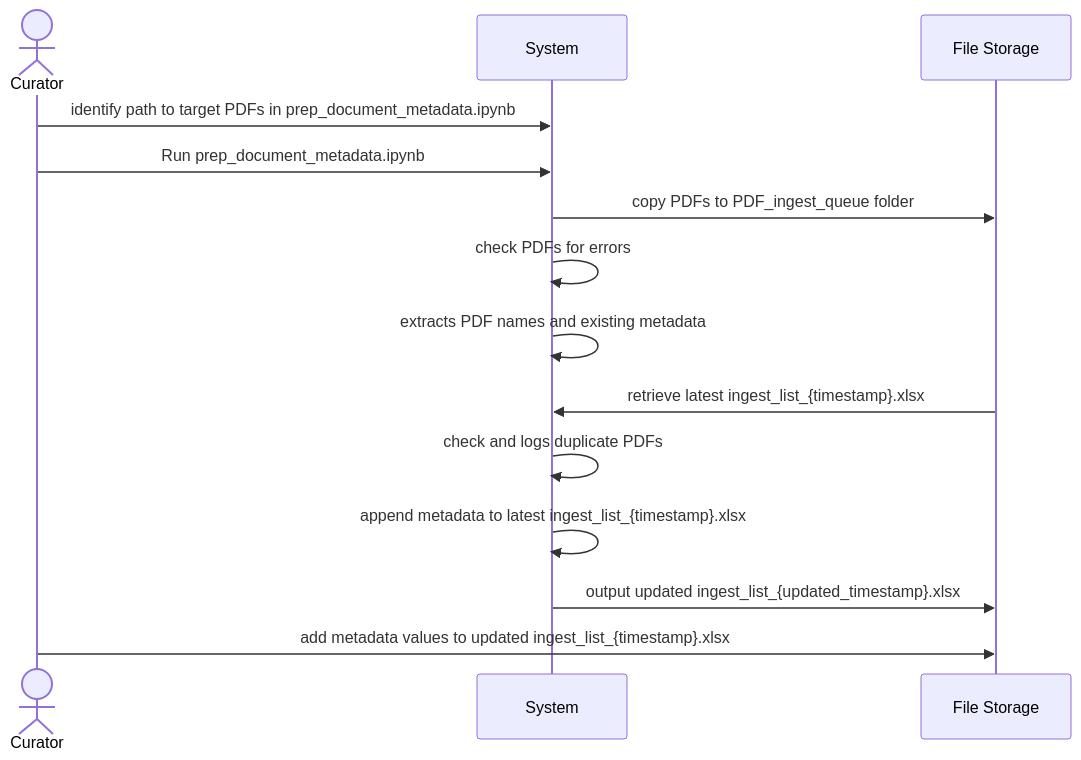
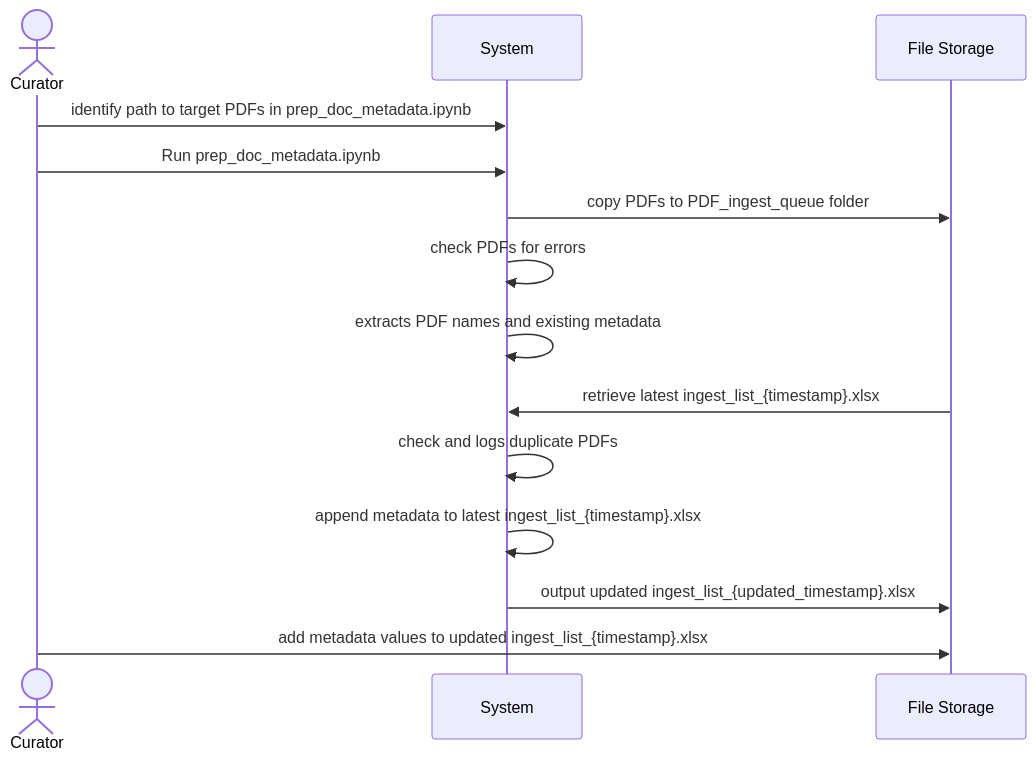
Before and after one commit to drew-wks/ASK: the first of 2 diagrams in docs/library_admin_processes.md, drawn with Mermaid. The commit also changed other lines of this file and 6 other files, not shown here.

Commit message:
admin file name changes and added ecfr diagram for now

````diff
--- a/docs/library_admin_processes.md
+++ b/docs/library_admin_processes.md
@@ -6,17 +6,17 @@
 ```mermaid
 sequenceDiagram
     actor Curator
     participant System
     participant File Storage
     
-    Curator->>System: identify path to target PDFs in prep_document_metadata.ipynb
-    Curator->>System: Run prep_document_metadata.ipynb
+    Curator->>System: identify path to target PDFs in prep_doc_metadata.ipynb
+    Curator->>System: Run prep_doc_metadata.ipynb
     System->>File Storage: copy PDFs to PDF_ingest_queue folder
     System->>System: check PDFs for errors
     System->>System: extracts PDF names and existing metadata
     File Storage->>System: retrieve latest ingest_list_{timestamp}.xlsx
     System->>System: check and logs duplicate PDFs
     System->>System: append metadata to latest ingest_list_{timestamp}.xlsx
     System->>File Storage: output updated ingest_list_{updated_timestamp}.xlsx
     Curator->>File Storage: add metadata values to updated ingest_list_{timestamp}.xlsx
 ```
````
